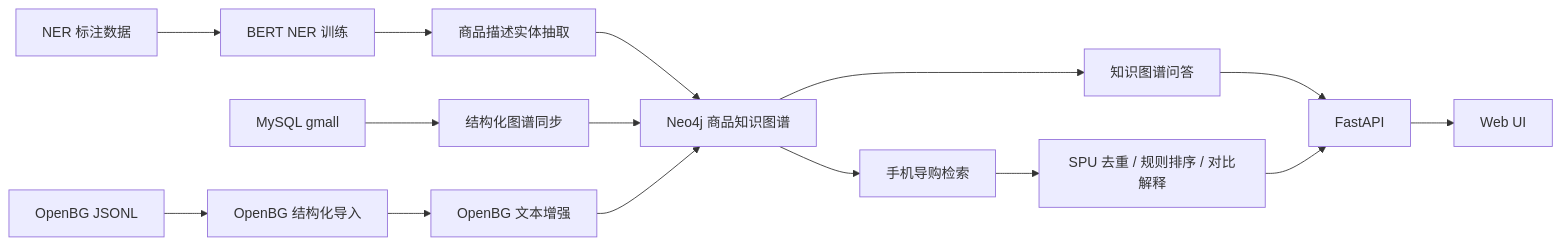
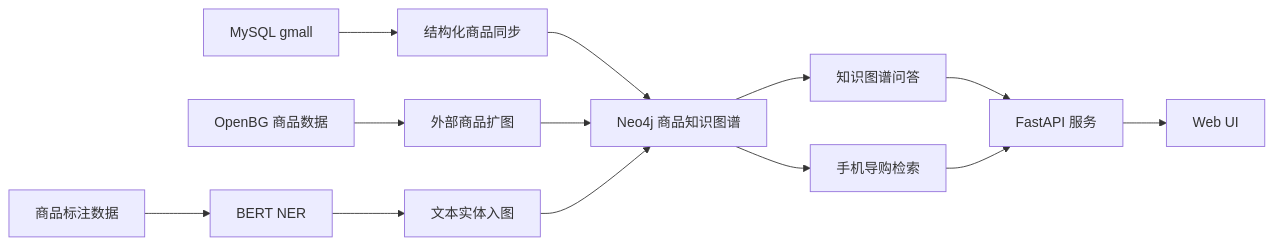
The diagram in README.md (xiaoqkw/ec-knowledge-graph), drawn with Mermaid before and after one commit. The commit also changed other lines of this file and 8 other files, not shown here.

````diff
--- a/README.md
+++ b/README.md
@@ -21,21 +47,18 @@
 ```mermaid
 flowchart LR
-    A[NER 标注数据] --> B[BERT NER 训练]
-    B --> C[商品描述实体抽取]
+    A[MySQL gmall] --> B[结构化商品同步]
+    C[OpenBG 商品数据] --> D[外部商品扩图]
+    E[商品标注数据] --> F[BERT NER]
+    F --> G[文本实体入图]
 
-    D[MySQL gmall] --> E[结构化图谱同步]
-    F[OpenBG JSONL] --> G[OpenBG 结构化导入]
-    G --> H[OpenBG 文本增强]
+    B --> H[Neo4j 商品知识图谱]
+    D --> H
+    G --> H
 
-    C --> I[Neo4j 商品知识图谱]
-    E --> I
-    H --> I
+    H --> I[知识图谱问答]
+    H --> J[手机导购检索]
 
-    I --> J[知识图谱问答]
-    I --> K[手机导购检索]
-
-    K --> L[SPU 去重 / 规则排序 / 对比解释]
-    J --> M[FastAPI]
-    L --> M
-    M --> N[Web UI]
+    I --> K[FastAPI 服务]
+    J --> K
+    K --> L[Web UI]
 ```
````
